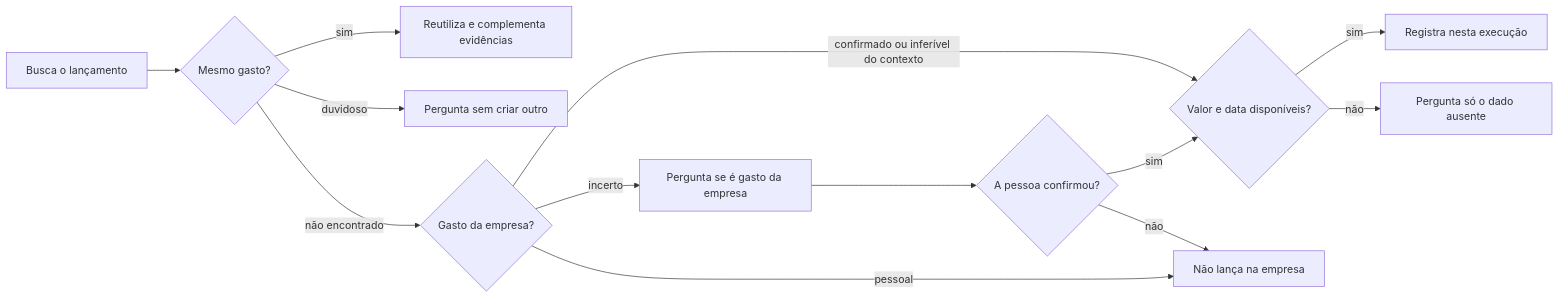
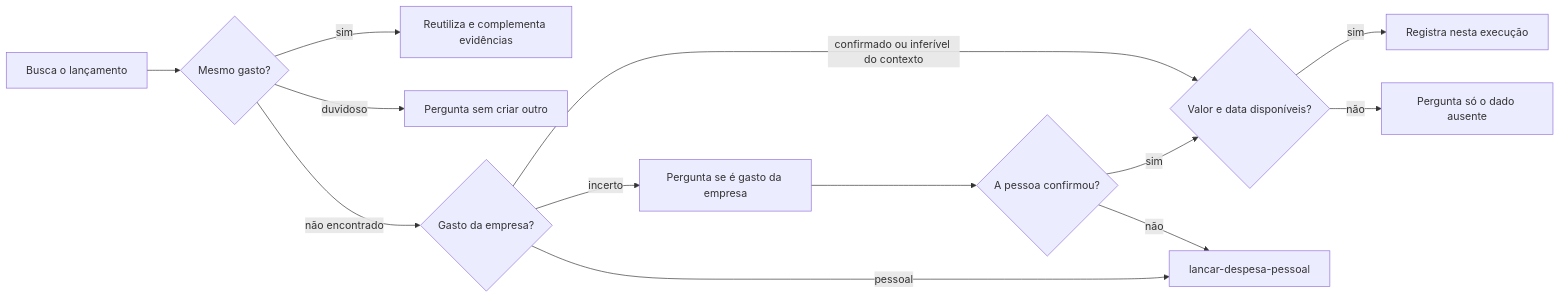
Before and after one commit to jimmyandrade/harness: the second of 2 diagrams in .agents/skills/lancar-despesa-da-empresa/SKILL.md, drawn with Mermaid. The commit also changed other lines of this file and 6 other files, not shown here.

````diff
--- a/.agents/skills/lancar-despesa-da-empresa/SKILL.md
+++ b/.agents/skills/lancar-despesa-da-empresa/SKILL.md
@@ -47,15 +48,15 @@
 ```mermaid
 flowchart LR
   A[Busca o lançamento] --> B{Mesmo gasto?}
   B -->|sim| C[Reutiliza e complementa evidências]
   B -->|duvidoso| D[Pergunta sem criar outro]
   B -->|não encontrado| E{Gasto da empresa?}
   E -->|confirmado ou inferível do contexto| F{Valor e data disponíveis?}
   E -->|incerto| G[Pergunta se é gasto da empresa]
-  E -->|pessoal| H[Não lança na empresa]
+  E -->|pessoal| H[lancar-despesa-pessoal]
   F -->|sim| I[Registra nesta execução]
   F -->|não| J[Pergunta só o dado ausente]
   G --> K{A pessoa confirmou?}
   K -->|sim| F
   K -->|não| H
 ```
````
